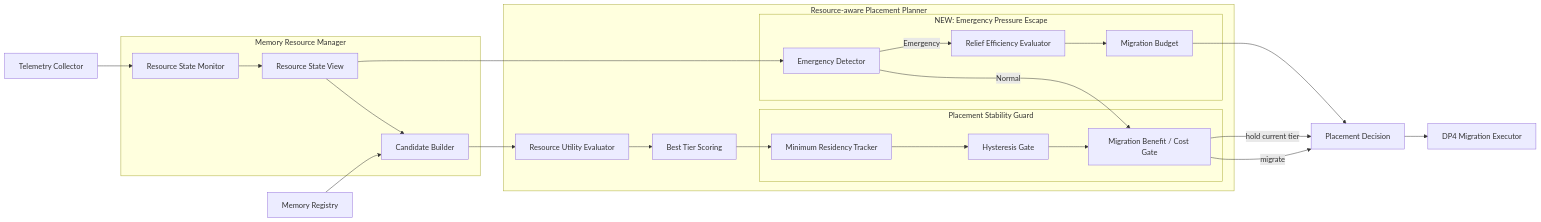
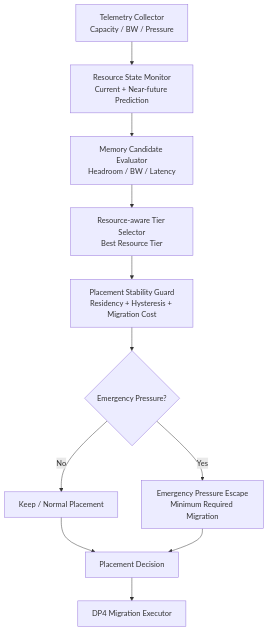
One commit to mkim0628/vllm changed the first of 3 diagrams in doc-architect/dp1-reinforcement-v2-design.md. Above: the diagram before and after it, drawn with Mermaid. The commit also changed other lines of this file, not shown here.

Commit message:
Simplify DP1 V2 architecture with top-down C1-R2/C2-R2 diagrams

````diff
--- a/doc-architect/dp1-reinforcement-v2-design.md
+++ b/doc-architect/dp1-reinforcement-v2-design.md
@@ -346,52 +52,24 @@
 ```mermaid
-flowchart LR
-    TC[Telemetry Collector]
-    MR[Memory Registry]
+flowchart TD
+    A[Telemetry Collector<br/>Capacity / BW / Pressure]
+    B[Resource State Monitor<br/>Current + Near-future Prediction]
+    C[Memory Candidate Evaluator<br/>Headroom / BW / Latency]
+    D[Resource-aware Tier Selector<br/>Best Resource Tier]
+    E[Placement Stability Guard<br/>Residency + Hysteresis + Migration Cost]
+    F{Emergency Pressure?}
+    G[Keep / Normal Placement]
+    H[Emergency Pressure Escape<br/>Minimum Required Migration]
+    I[Placement Decision]
+    J[DP4 Migration Executor]
 
-    subgraph MRM[Memory Resource Manager]
-        RSM[Resource State Monitor]
-        CB[Candidate Builder]
-        RSV[Resource State View]
-    end
-
-    subgraph RPP[Resource-aware Placement Planner]
-        RUE[Resource Utility Evaluator]
-        BTS[Best Tier Scoring]
-
-        subgraph SG[Placement Stability Guard]
-            RT[Minimum Residency Tracker]
-            HG[Hysteresis Gate]
-            MBC[Migration Benefit / Cost Gate]
-        end
-
-        subgraph EP[NEW: Emergency Pressure Escape]
-            ED[Emergency Detector]
-            RE[Relief Efficiency Evaluator]
-            MB[Migration Budget]
-        end
-    end
-
-    PD[Placement Decision]
-    DP4[DP4 Migration Executor]
-
-    TC --> RSM
-    RSM --> RSV
-    MR --> CB
-    RSV --> CB
-    CB --> RUE
-    RUE --> BTS
-
-    BTS --> RT
-    RT --> HG
-    HG --> MBC
-
-    RSV --> ED
-    ED -->|Normal| MBC
-    ED -->|Emergency| RE
-    RE --> MB
-    MB --> PD
-
-    MBC -->|migrate| PD
-    MBC -->|hold current tier| PD
-    PD --> DP4
+    A --> B
+    B --> C
+    C --> D
+    D --> E
+    E --> F
+    F -->|No| G
+    F -->|Yes| H
+    G --> I
+    H --> I
+    I --> J
 ```
````
